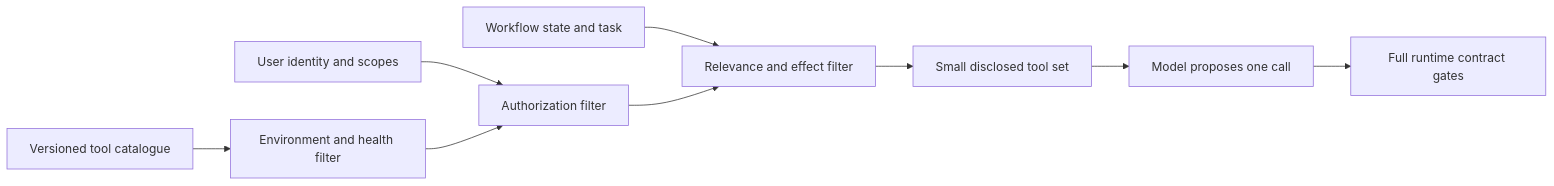
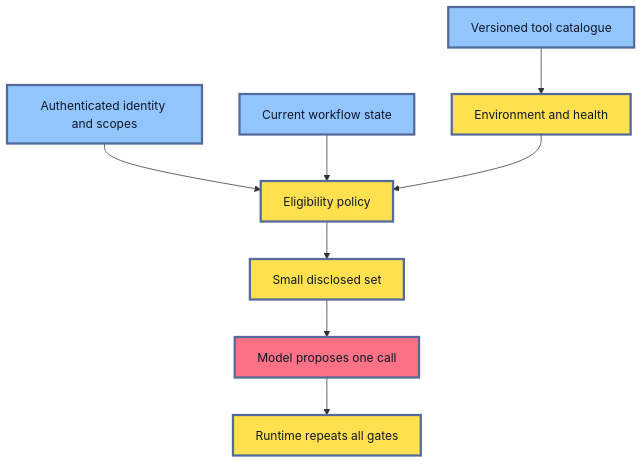
One commit to senlinyy/dev-roadmaps changed the second of 3 diagrams in roadmaps/mlops/modules/llmops/tools-and-protocols/01-tool-contracts.md. Above: the diagram before and after it, drawn with Mermaid. The commit also changed other lines of this file and 198 other files, not shown here.

````diff
--- a/roadmaps/mlops/modules/llmops/tools-and-protocols/01-tool-contracts.md
+++ b/roadmaps/mlops/modules/llmops/tools-and-protocols/01-tool-contracts.md
@@ -53,11 +163,17 @@
 ```mermaid
-flowchart LR
-    A[Versioned tool catalogue] --> B[Environment and health filter]
-    C[User identity and scopes] --> D[Authorization filter]
-    E[Workflow state and task] --> F[Relevance and effect filter]
+flowchart TD
+    A["Versioned tool catalogue"] --> B["Environment and health"]
+    C["Authenticated identity and scopes"] --> D["Eligibility policy"]
+    E["Current workflow state"] --> D
     B --> D
-    D --> F
-    F --> G[Small disclosed tool set]
-    G --> H[Model proposes one call]
-    H --> I[Full runtime contract gates]
+    D --> F["Small disclosed set"]
+    F --> G["Model proposes one call"]
+    G --> H["Runtime repeats all gates"]
+
+    classDef source fill:#93C5FD,stroke:#536A9A,stroke-width:3px,color:#0F172A
+    classDef control fill:#FFE04F,stroke:#536A9A,stroke-width:3px,color:#111827
+    classDef action fill:#FB7185,stroke:#536A9A,stroke-width:3px,color:#111827
+    class A,C,E source
+    class B,D,F,H control
+    class G action
 ```
````
